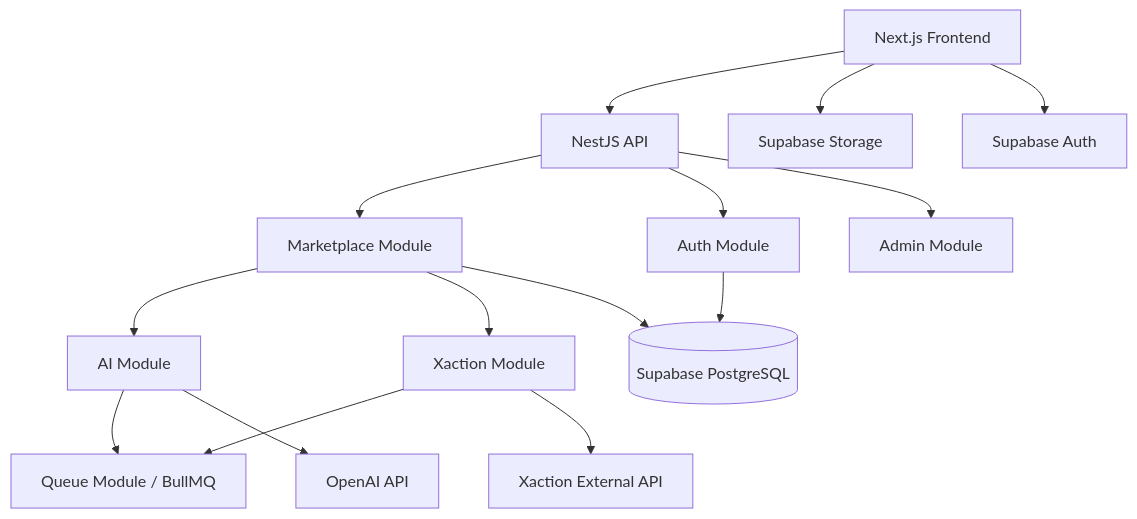
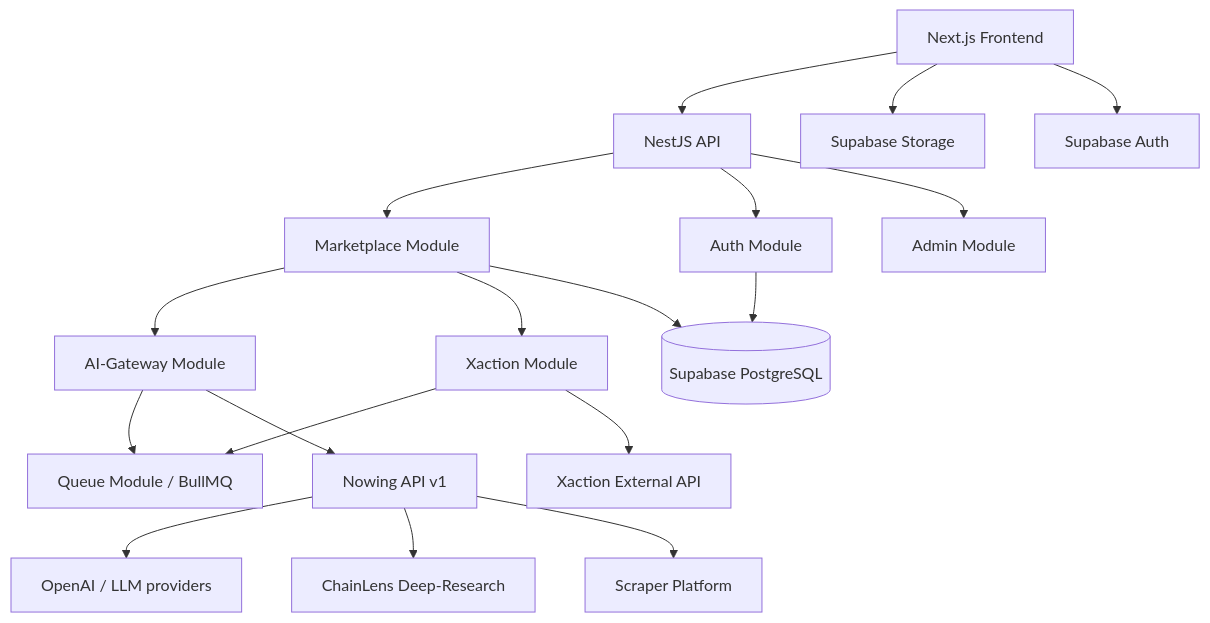
One commit to deptrai/longthanhland changed the first of 4 diagrams in docs/bdsai/architecture/ARCHITECTURE-SPINE.md. Above: the diagram before and after it, drawn with Mermaid. The commit also changed other lines of this file and 2 other files, not shown here.

First line of the commit message:
fix(architecture): apply architect review fixes for bdsai-nowing boundary

````diff
--- a/docs/bdsai/architecture/ARCHITECTURE-SPINE.md
+++ b/docs/bdsai/architecture/ARCHITECTURE-SPINE.md
@@ -152,17 +175,20 @@
 ```mermaid
 graph TD
     FE[Next.js Frontend] --> API[NestJS API]
     API --> MARKETPLACE[Marketplace Module]
     API --> AUTH[Auth Module]
     API --> ADMIN[Admin Module]
-    MARKETPLACE --> AI[AI Module]
+    MARKETPLACE --> AI[AI-Gateway Module]
     MARKETPLACE --> XACTION[Xaction Module]
     XACTION --> QUEUE[Queue Module / BullMQ]
     AI --> QUEUE
     MARKETPLACE --> DB[(Supabase PostgreSQL)]
     AUTH --> DB
-    AI --> OPENAI[OpenAI API]
+    AI --> NOWING[Nowing API v1]
+    NOWING --> OPENAI[OpenAI / LLM providers]
+    NOWING --> CHAINLENS[ChainLens Deep-Research]
+    NOWING --> SCRAPER[Scraper Platform]
     XACTION --> XACTION_API[Xaction External API]
     FE --> STORAGE[Supabase Storage]
     FE --> SUPA_AUTH[Supabase Auth]
 ```
````
